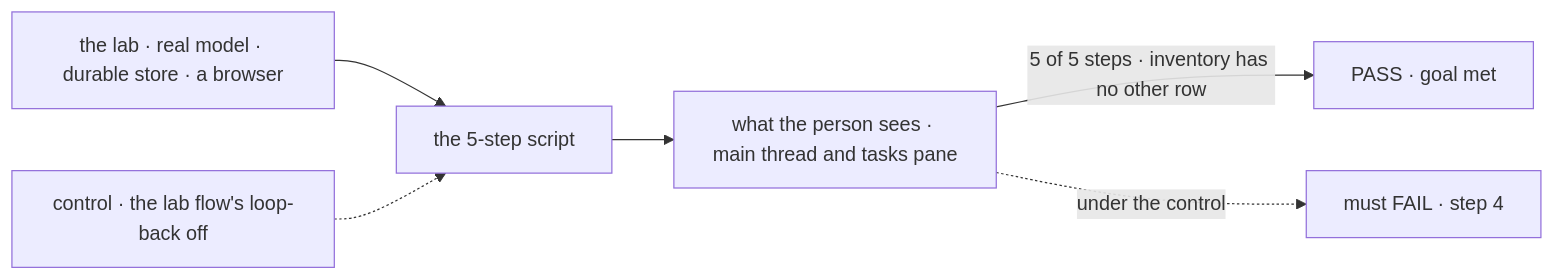
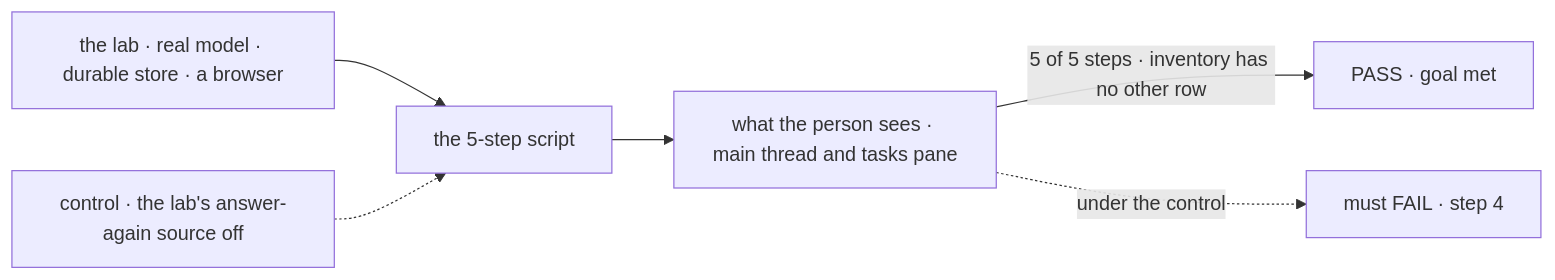
One commit to fixpoint-labs/flow-state-dev changed the first of 2 diagrams in specs/issues/FIX-2153/SPEC.md. Above: the diagram before and after it, drawn with Mermaid. The commit also changed other lines of this file and 1 other file, not shown here.

First line of the commit message:
FIX-2153 spec: align the result-in-turn path to FIX-2159's answerAgain source

````diff
--- a/specs/issues/FIX-2153/SPEC.md
+++ b/specs/issues/FIX-2153/SPEC.md
@@ -36,8 +36,8 @@
 ```mermaid
 flowchart LR
   A["the lab · real model · durable store · a browser"] --> S["the 5-step script"]
   S --> T["what the person sees · main thread and tasks pane"]
   T -->|"5 of 5 steps · inventory has no other row"| P["PASS · goal met"]
-  C["control · the lab flow's loop-back off"] -.-> S
+  C["control · the lab's answer-again source off"] -.-> S
   T -.->|"under the control"| F["must FAIL · step 4"]
 ```
````
